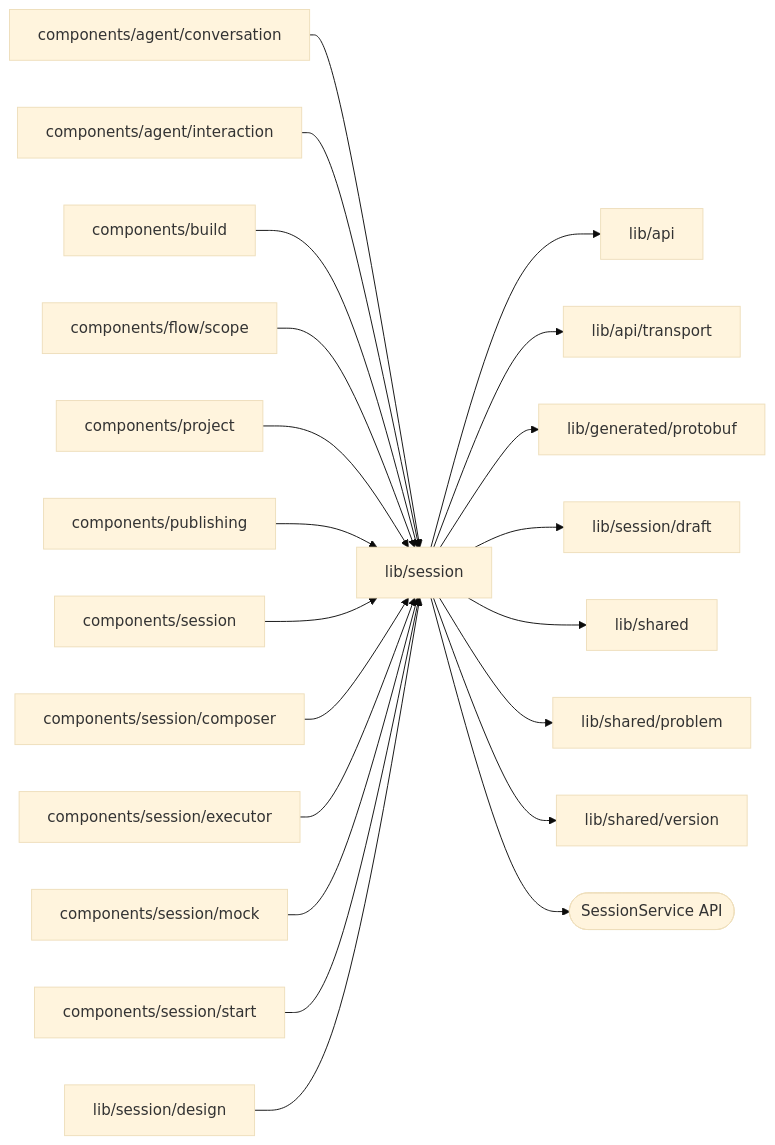
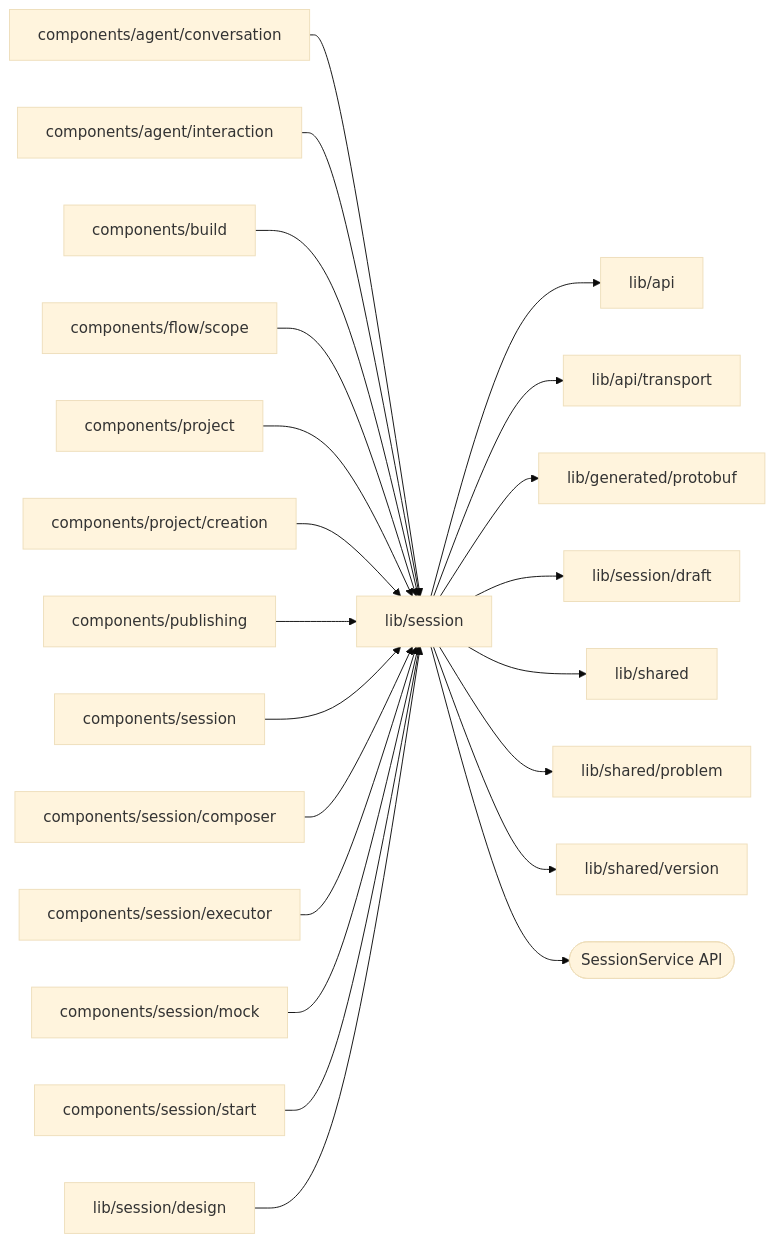
One commit to superdurable/superverse changed the diagram in web/studio/lib/session/README.md. Above: the diagram before and after it, drawn with Mermaid (base theme). The commit also changed other lines of this file and 47 other files, not shown here.

First line of the commit message:
RASTART, AGENTPICKER: Choose the agent before the model and start a Project with a local agent

````diff
--- a/web/studio/lib/session/README.md
+++ b/web/studio/lib/session/README.md
@@ -10,24 +10,25 @@
 ```mermaid
 flowchart LR
   self["lib/session"]
   c0["components/agent/conversation"] --> self
   c1["components/agent/interaction"] --> self
   c2["components/build"] --> self
   c3["components/flow/scope"] --> self
   c4["components/project"] --> self
-  c5["components/publishing"] --> self
-  c6["components/session"] --> self
-  c7["components/session/composer"] --> self
-  c8["components/session/executor"] --> self
-  c9["components/session/mock"] --> self
-  c10["components/session/start"] --> self
-  c11["lib/session/design"] --> self
+  c5["components/project/creation"] --> self
+  c6["components/publishing"] --> self
+  c7["components/session"] --> self
+  c8["components/session/composer"] --> self
+  c9["components/session/executor"] --> self
+  c10["components/session/mock"] --> self
+  c11["components/session/start"] --> self
+  c12["lib/session/design"] --> self
   self --> d0["lib/api"]
   self --> d1["lib/api/transport"]
   self --> d2["lib/generated/protobuf"]
   self --> d3["lib/session/draft"]
   self --> d4["lib/shared"]
   self --> d5["lib/shared/problem"]
   self --> d6["lib/shared/version"]
   self --> e0(["SessionService API"])
 ```
````
